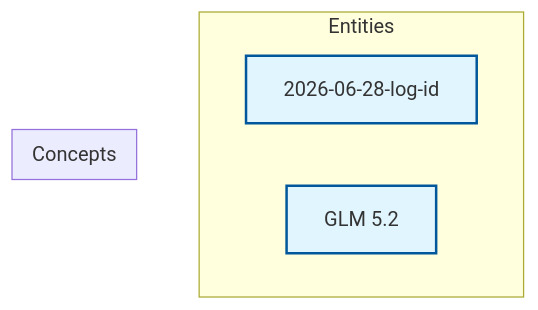
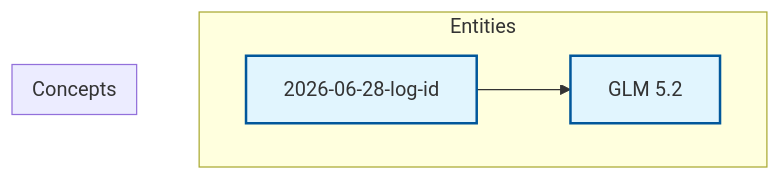
The diagram in wiki/knowledge-graph.md (dannytsao/PersonalKM), drawn with Mermaid before and after one commit. The commit also changed other lines of this file and 5 other files, not shown here.

````diff
--- a/wiki/knowledge-graph.md
+++ b/wiki/knowledge-graph.md
@@ -7,19 +7,20 @@
 ```mermaid
 %%{init: {'flowchart': {'useMaxWidth': false, 'htmlLabels': true, 'curve': 'basis', 'padding': 15}}}%%
 flowchart TD
     classDef entity fill:#e1f5fe,stroke:#01579b,stroke-width:2px,cursor:pointer;
     classDef concept fill:#fff3e0,stroke:#e65100,stroke-width:1px,cursor:pointer;
 
     subgraph Entities
         p_2026_06_28_log_id["2026-06-28-log-id"]
         click p_2026_06_28_log_id "entities/2026-06-28-log-id.md" "Open 2026-06-28-log-id"
         class p_2026_06_28_log_id entity
         glm_5_2["GLM 5.2"]
         click glm_5_2 "entities/glm-5-2.md" "Open GLM 5.2"
         class glm_5_2 entity
     end
 
     subgraph Concepts
     end
 
+    p_2026_06_28_log_id --> glm_5_2
 ```
````
